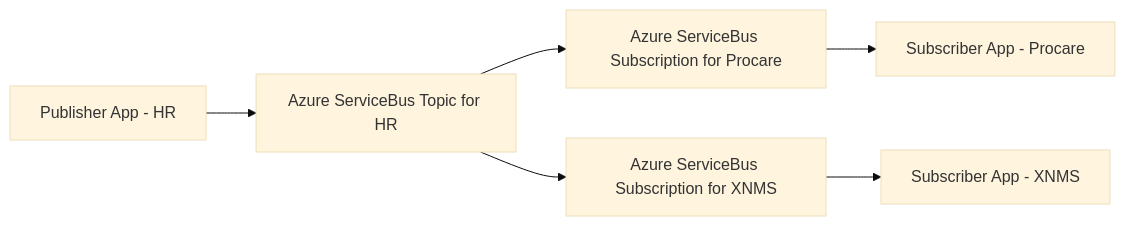
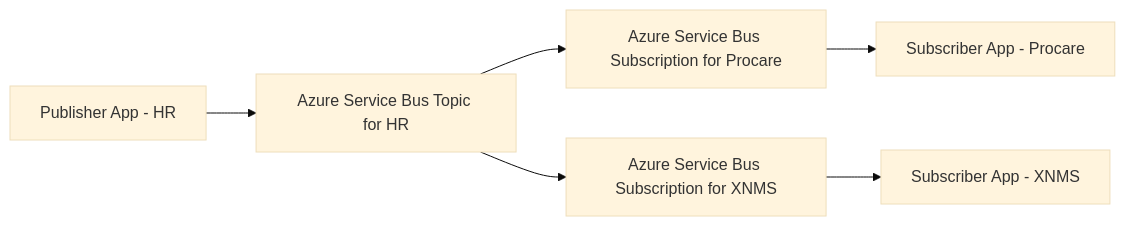
One commit to scaleforce/synchronization-for-go changed the diagram in readme.md. Above: the diagram before and after it, drawn with Mermaid (base theme). The commit also changed other lines of this file, not shown here.

Commit message:
Fix Azure Service Bus name in Readme and improve formatting

````diff
--- a/readme.md
+++ b/readme.md
@@ -6,6 +7,6 @@
 ```mermaid
 graph LR
-    Pub[Publisher App - HR] --> ASBT[Azure ServiceBus Topic for HR]
-    ASBT --> ASBS1[Azure ServiceBus Subscription for Procare] --> SA1[Subscriber App - Procare]
-    ASBT --> ASBS2[Azure ServiceBus Subscription for XNMS] --> SA2[Subscriber App - XNMS]
+    Pub[Publisher App - HR] --> ASBT[Azure Service Bus Topic for HR]
+    ASBT --> ASBS1[Azure Service Bus Subscription for Procare] --> SA1[Subscriber App - Procare]
+    ASBT --> ASBS2[Azure Service Bus Subscription for XNMS] --> SA2[Subscriber App - XNMS]
 ```
````
